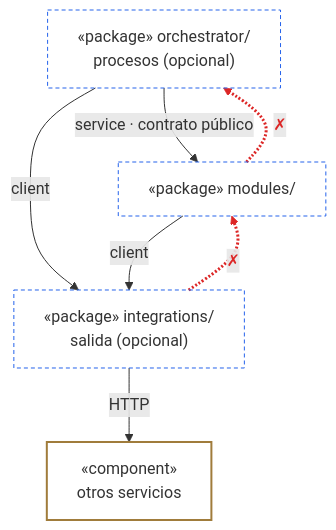
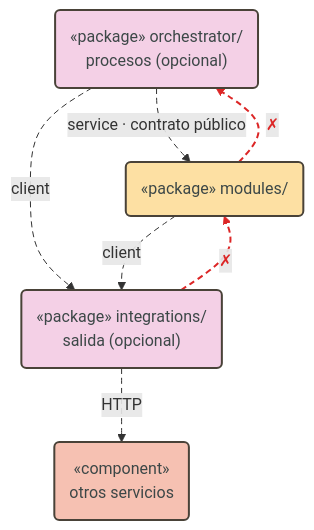
Diagram 11 of 15 in docs/architecture/modular-microservice.md (pcarroza91/nest-template), drawn with Mermaid before and after one commit. The commit also changed other lines of this file and 2 other files, not shown here.

First line of the commit message:
docs(architecture): aplica el estilo pastel por rol a los diagramas Mermaid

````diff
--- a/docs/architecture/modular-microservice.md
+++ b/docs/architecture/modular-microservice.md
@@ -689,20 +676,23 @@
 ```mermaid
 flowchart TB
-    ORCH["«package» orchestrator/<br/>procesos (opcional)"]
-    MOD["«package» modules/"]
-    INT["«package» integrations/<br/>salida (opcional)"]
-    EXT["«component»<br/>otros servicios"]
+    ORCH("«package» orchestrator/<br/>procesos (opcional)")
+    MOD("«package» modules/")
+    INT("«package» integrations/<br/>salida (opcional)")
+    EXT("«component»<br/>otros servicios")
 
     ORCH -- "service · contrato público" --> MOD
     ORCH -- "client" --> INT
     MOD -- "client" --> INT
     INT -- "HTTP" --> EXT
     MOD -. "✗" .-> ORCH
     INT -. "✗" .-> MOD
 
-    classDef pkg fill:transparent,stroke:#2563eb,stroke-dasharray:4 3
-    classDef ext fill:transparent,stroke:#a07c3b,stroke-width:2px
-    class ORCH,MOD,INT pkg
+    classDef domain fill:#fde0a3,stroke:#494238,stroke-width:2px,color:#3c4747
+    classDef flow fill:#f4d0e6,stroke:#494238,stroke-width:2px,color:#3c4747
+    classDef ext fill:#f6c1b2,stroke:#494238,stroke-width:2px,color:#3c4747
+    class MOD domain
+    class ORCH,INT flow
     class EXT ext
-    linkStyle 4,5 stroke:#dc2626,stroke-width:3px,color:#dc2626
+    linkStyle default stroke-dasharray:6 4
+    linkStyle 4,5 stroke:#dc2626,stroke-width:2px,color:#dc2626
 ```
````
